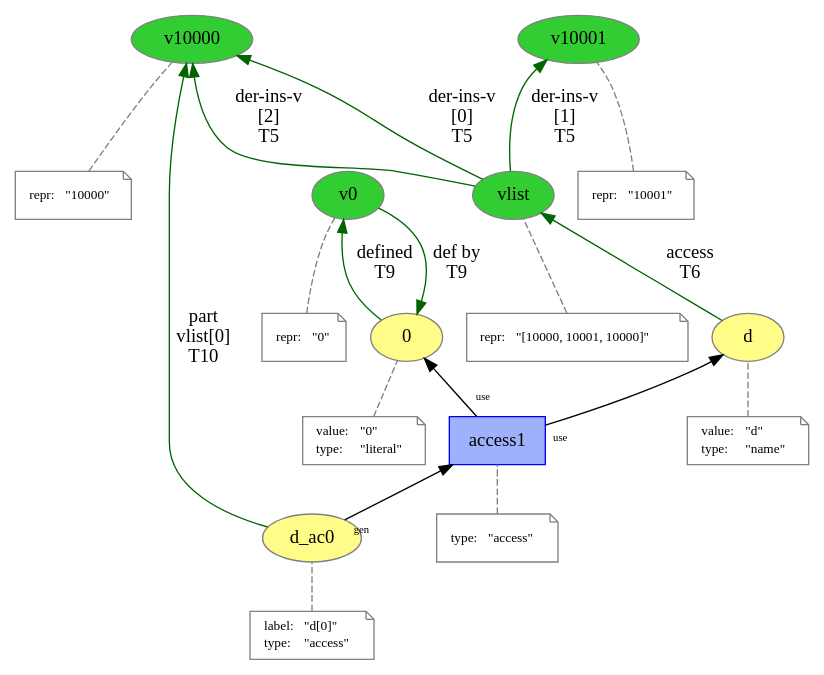
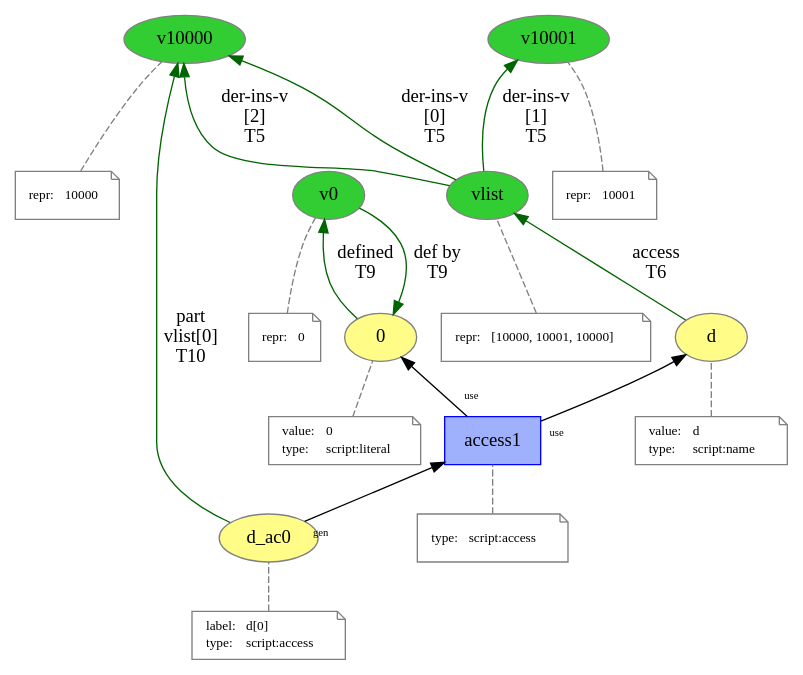
Before and after one commit to dew-uff/versioned-prov: the diagram in images/mutable_prov/access.dot, drawn with Graphviz. The commit also changed 243 other files, not shown here.

```diff
--- a/images/mutable_prov/access.dot
+++ b/images/mutable_prov/access.dot
@@ -1,99 +1,99 @@
 digraph "PROV" { size="16,12"; rankdir="BT";
 "http://example.org/vlist" [fillcolor="#32CD32",color="#808080",style="filled",label="vlist",URL="http://example.org/vlist"]
 "-attrs0" [color="gray",shape="note",fontsize="10",fontcolor="black",label=<<TABLE cellpadding="0" border="0">
 	<TR>
 	    <TD align="left">repr:</TD>
-	    <TD align="left">&quot;[10000, 10001, 10000]&quot;</TD>
+	    <TD align="left">[10000, 10001, 10000]</TD>
 	</TR>
 </TABLE>>]
 "-attrs0" -> "http://example.org/vlist" [color="gray",style="dashed",arrowhead="none"]
 "http://example.org/v10000" [fillcolor="#32CD32",color="#808080",style="filled",label="v10000",URL="http://example.org/v10000"]
 "-attrs1" [color="gray",shape="note",fontsize="10",fontcolor="black",label=<<TABLE cellpadding="0" border="0">
 	<TR>
 	    <TD align="left">repr:</TD>
-	    <TD align="left">&quot;10000&quot;</TD>
+	    <TD align="left">10000</TD>
 	</TR>
 </TABLE>>]
 "-attrs1" -> "http://example.org/v10000" [color="gray",style="dashed",arrowhead="none"]
 "http://example.org/v10001" [fillcolor="#32CD32",color="#808080",style="filled",label="v10001",URL="http://example.org/v10001"]
 "-attrs2" [color="gray",shape="note",fontsize="10",fontcolor="black",label=<<TABLE cellpadding="0" border="0">
 	<TR>
 	    <TD align="left">repr:</TD>
-	    <TD align="left">&quot;10001&quot;</TD>
+	    <TD align="left">10001</TD>
 	</TR>
 </TABLE>>]
 "-attrs2" -> "http://example.org/v10001" [color="gray",style="dashed",arrowhead="none"]
 "http://example.org/vlist" -> "http://example.org/v10000" [labelfontsize="8",labeldistance="1.5",color="darkgreen",labelangle="60.0",rotation="20",label="der-ins-v
 [0]
 T5"]
 "http://example.org/vlist" -> "http://example.org/v10001" [labelfontsize="8",labeldistance="1.5",color="darkgreen",labelangle="60.0",rotation="20",label="der-ins-v
 [1]
 T5"]
 "http://example.org/vlist" -> "http://example.org/v10000" [labelfontsize="8",labeldistance="1.5",color="darkgreen",labelangle="60.0",rotation="20",label="der-ins-v
 [2]
 T5"]
 "http://example.org/d" [fillcolor="#FFFC87",color="#808080",style="filled",label="d",URL="http://example.org/d"]
 "-attrs3" [color="gray",shape="note",fontsize="10",fontcolor="black",label=<<TABLE cellpadding="0" border="0">
 	<TR>
 	    <TD align="left">value:</TD>
-	    <TD align="left">&quot;d&quot;</TD>
+	    <TD align="left">d</TD>
 	</TR>
 	<TR>
 	    <TD align="left">type:</TD>
-	    <TD align="left">&quot;name&quot;</TD>
+	    <TD align="left">script:name</TD>
 	</TR>
 </TABLE>>]
 "-attrs3" -> "http://example.org/d" [color="gray",style="dashed",arrowhead="none"]
 "http://example.org/d" -> "http://example.org/vlist" [labelfontsize="8",labeldistance="1.5",color="darkgreen",labelangle="60.0",rotation="20",label="access
 T6"]
 "http://example.org/0" [fillcolor="#FFFC87",color="#808080",style="filled",label="0",URL="http://example.org/0"]
 "-attrs4" [color="gray",shape="note",fontsize="10",fontcolor="black",label=<<TABLE cellpadding="0" border="0">
 	<TR>
 	    <TD align="left">value:</TD>
-	    <TD align="left">&quot;0&quot;</TD>
+	    <TD align="left">0</TD>
 	</TR>
 	<TR>
 	    <TD align="left">type:</TD>
-	    <TD align="left">&quot;literal&quot;</TD>
+	    <TD align="left">script:literal</TD>
 	</TR>
 </TABLE>>]
 "-attrs4" -> "http://example.org/0" [color="gray",style="dashed",arrowhead="none"]
 "http://example.org/v0" [fillcolor="#32CD32",color="#808080",style="filled",label="v0",URL="http://example.org/v0"]
 "-attrs5" [color="gray",shape="note",fontsize="10",fontcolor="black",label=<<TABLE cellpadding="0" border="0">
 	<TR>
 	    <TD align="left">repr:</TD>
-	    <TD align="left">&quot;0&quot;</TD>
+	    <TD align="left">0</TD>
 	</TR>
 </TABLE>>]
 "-attrs5" -> "http://example.org/v0" [color="gray",style="dashed",arrowhead="none"]
 "http://example.org/0" -> "http://example.org/v0" [labelfontsize="8",labeldistance="1.5",color="darkgreen",labelangle="60.0",rotation="20",label="defined
 T9"]
 "http://example.org/v0" -> "http://example.org/0" [labelfontsize="8",labeldistance="1.5",color="darkgreen",labelangle="60.0",rotation="20",label="def by
 T9"]
 "http://example.org/d_ac0" [fillcolor="#FFFC87",color="#808080",style="filled",label="d_ac0",URL="http://example.org/d_ac0"]
 "-attrs6" [color="gray",shape="note",fontsize="10",fontcolor="black",label=<<TABLE cellpadding="0" border="0">
 	<TR>
 	    <TD align="left">label:</TD>
-	    <TD align="left">&quot;d[0]&quot;</TD>
+	    <TD align="left">d[0]</TD>
 	</TR>
 	<TR>
 	    <TD align="left">type:</TD>
-	    <TD align="left">&quot;access&quot;</TD>
+	    <TD align="left">script:access</TD>
 	</TR>
 </TABLE>>]
 "-attrs6" -> "http://example.org/d_ac0" [color="gray",style="dashed",arrowhead="none"]
 "http://example.org/d_ac0" -> "http://example.org/v10000" [labelfontsize="8",labeldistance="1.5",color="darkgreen",labelangle="60.0",rotation="20",label="part
 vlist[0]
 T10"]
 "http://example.org/access1" [fillcolor="#9FB1FC",color="#0000FF",shape="polygon",sides="4",style="filled",label="access1",URL="http://example.org/access1"]
 "-attrs7" [color="gray",shape="note",fontsize="10",fontcolor="black",label=<<TABLE cellpadding="0" border="0">
 	<TR>
 	    <TD align="left">type:</TD>
-	    <TD align="left">&quot;access&quot;</TD>
+	    <TD align="left">script:access</TD>
 	</TR>
 </TABLE>>]
 "-attrs7" -> "http://example.org/access1" [color="gray",style="dashed",arrowhead="none"]
 "http://example.org/access1" -> "http://example.org/d" [labelfontsize="8",labeldistance="1.5",labelangle="60.0",rotation="20",taillabel="use"]
 "http://example.org/access1" -> "http://example.org/0" [labelfontsize="8",labeldistance="1.5",labelangle="60.0",rotation="20",taillabel="use"]
 "http://example.org/d_ac0" -> "http://example.org/access1" [labelfontsize="8",labeldistance="1.5",labelangle="60.0",rotation="20",taillabel="gen"]
 }
```
